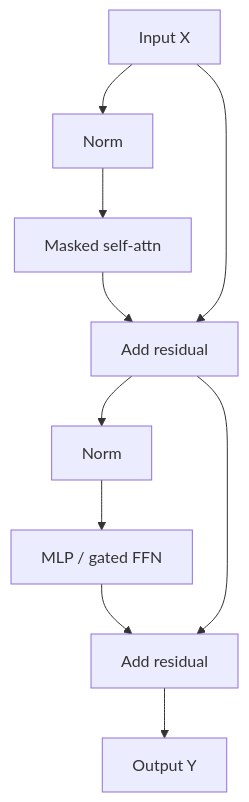
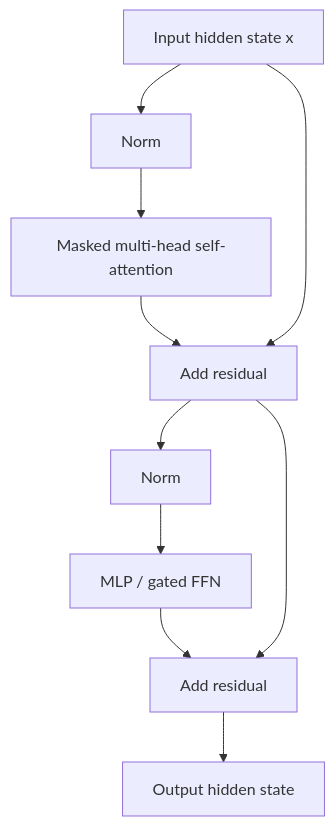
The third of 4 diagrams in llms/02_transformer_architecture.md (nawab-ali/mlsys-prep), drawn with Mermaid before and after one commit. The commit also changed other lines of this file, not shown here.

Commit message:
Refresh Transformer architecture module

````diff
--- a/llms/02_transformer_architecture.md
+++ b/llms/02_transformer_architecture.md
@@ -345,12 +1006,12 @@
 ```mermaid
 flowchart TD
-X["Input X"] --> N1["Norm"]
-N1 --> A["Masked self-attn"]
-A --> R1["Add residual"]
-X --> R1
-R1 --> N2["Norm"]
-N2 --> M["MLP / gated FFN"]
-M --> R2["Add residual"]
-R1 --> R2
-R2 --> Y["Output Y"]
+    X["Input hidden state x"] --> N1["Norm"]
+    N1 --> A["Masked multi-head self-attention"]
+    A --> R1["Add residual"]
+    X --> R1
+    R1 --> N2["Norm"]
+    N2 --> M["MLP / gated FFN"]
+    M --> R2["Add residual"]
+    R1 --> R2
+    R2 --> Y["Output hidden state"]
 ```
````
